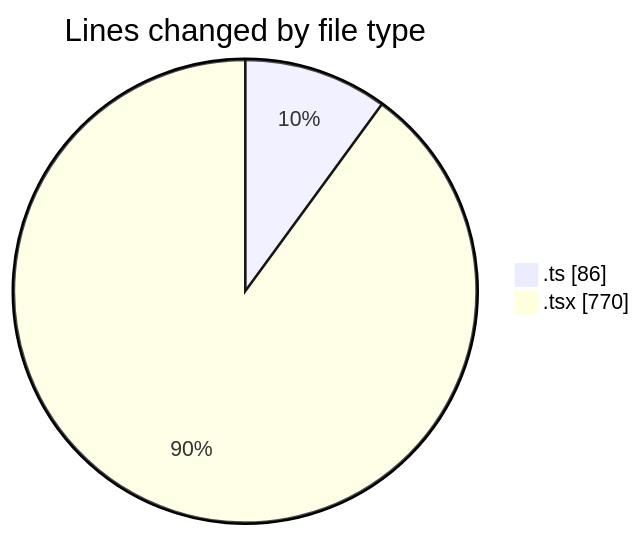
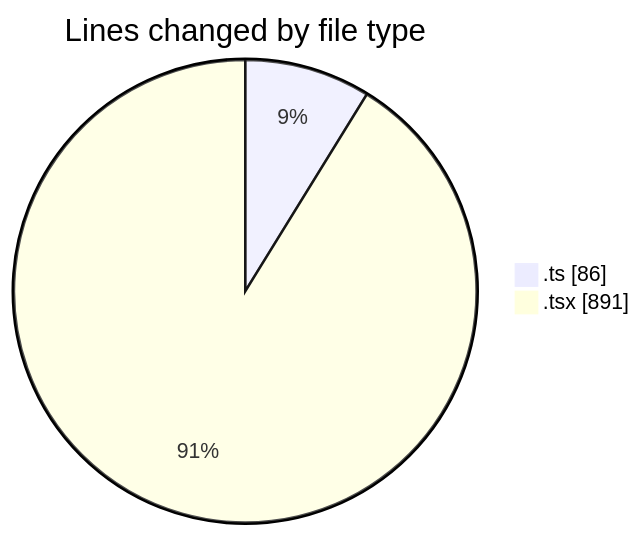
Before and after one commit to CELIANVF/code-tracking: the first of 2 diagrams in 2025-05-16/ecodeli-1/README.md, drawn with Mermaid. The commit also changed other lines of this file and 1 other file, not shown here.

````diff
--- a/2025-05-16/ecodeli-1/README.md
+++ b/2025-05-16/ecodeli-1/README.md
@@ -24,6 +26,6 @@
 ```mermaid
 pie showData
 title Lines changed by file type
 ".ts" : 86
-".tsx" : 770
+".tsx" : 891
 ```
````
